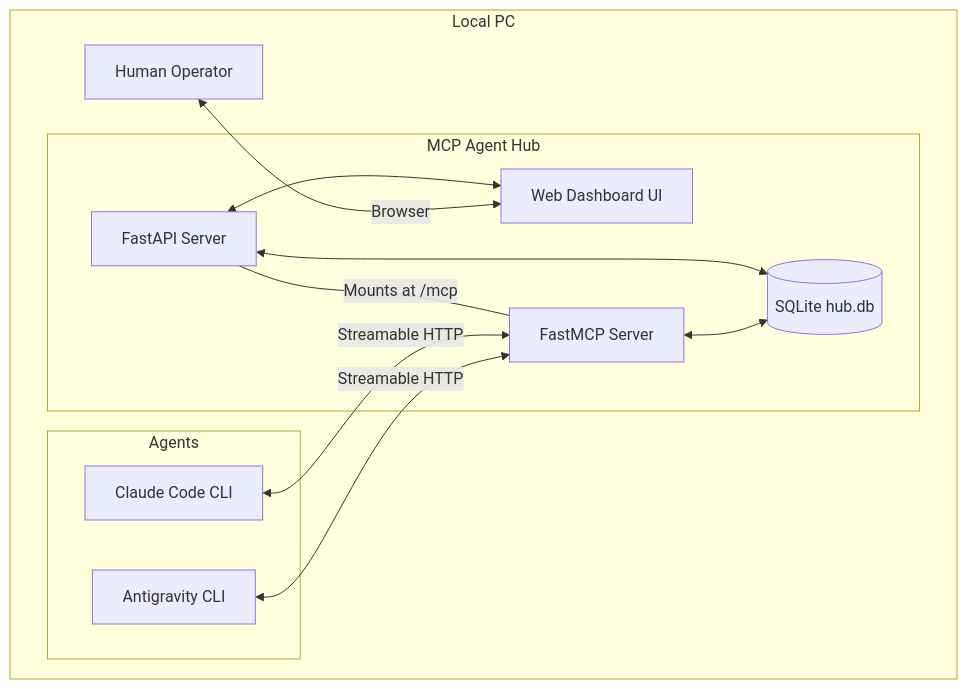
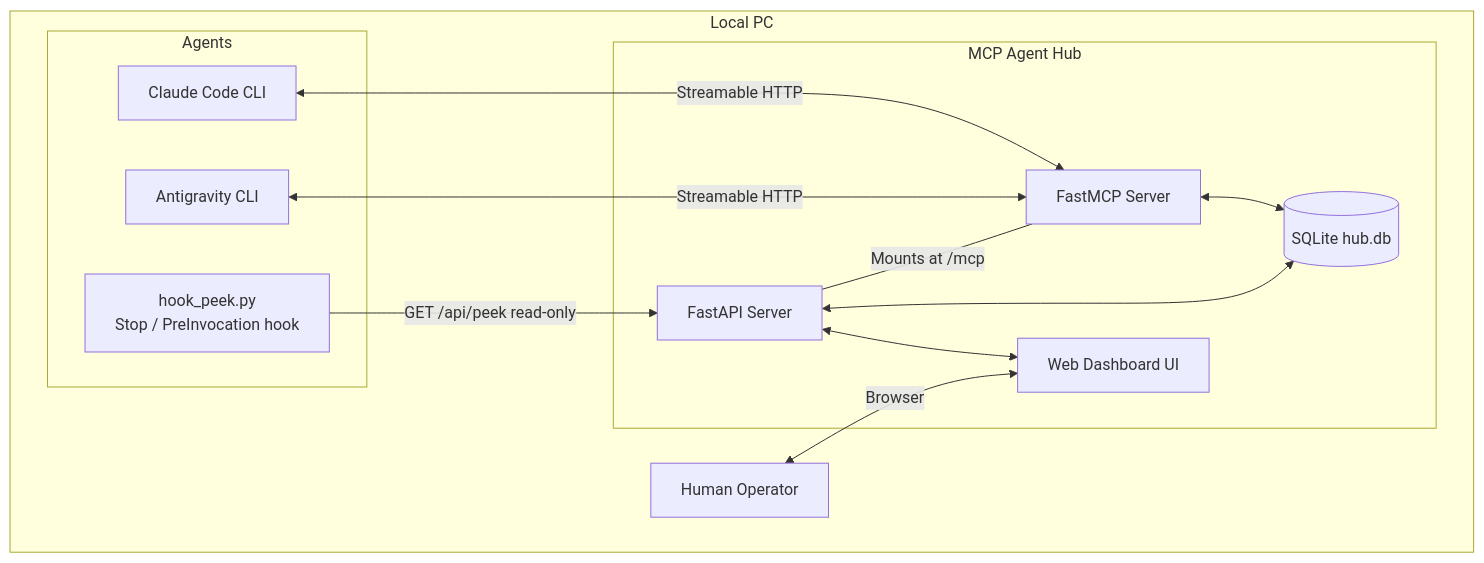
One commit to avdiam/mcp-agent-hub changed the diagram in architecture.md. Above: the diagram before and after it, drawn with Mermaid. The commit also changed other lines of this file and 6 other files, not shown here.

First line of the commit message:
Design: resolve Q1/Q3/Q5 — long-poll primary + D19 hook peek layer

````diff
--- a/architecture.md
+++ b/architecture.md
@@ -5,25 +5,27 @@
 ```mermaid
 graph TD
     subgraph Local PC
         subgraph Agents
             Claude[Claude Code CLI]
             Gemini[Antigravity CLI]
+            Hook[hook_peek.py<br/>Stop / PreInvocation hook]
         end
 
         subgraph MCP Agent Hub
             UI[Web Dashboard UI]
             FastAPI[FastAPI Server]
             FastMCP[FastMCP Server]
             DB[(SQLite hub.db)]
 
             FastAPI <--> UI
             FastAPI <--> DB
             FastMCP <--> DB
             FastAPI --- |Mounts at /mcp| FastMCP
         end
 
         Claude <-->|Streamable HTTP| FastMCP
         Gemini <-->|Streamable HTTP| FastMCP
+        Hook -->|GET /api/peek read-only| FastAPI
         User[Human Operator] <-->|Browser| UI
     end
 ```
````
